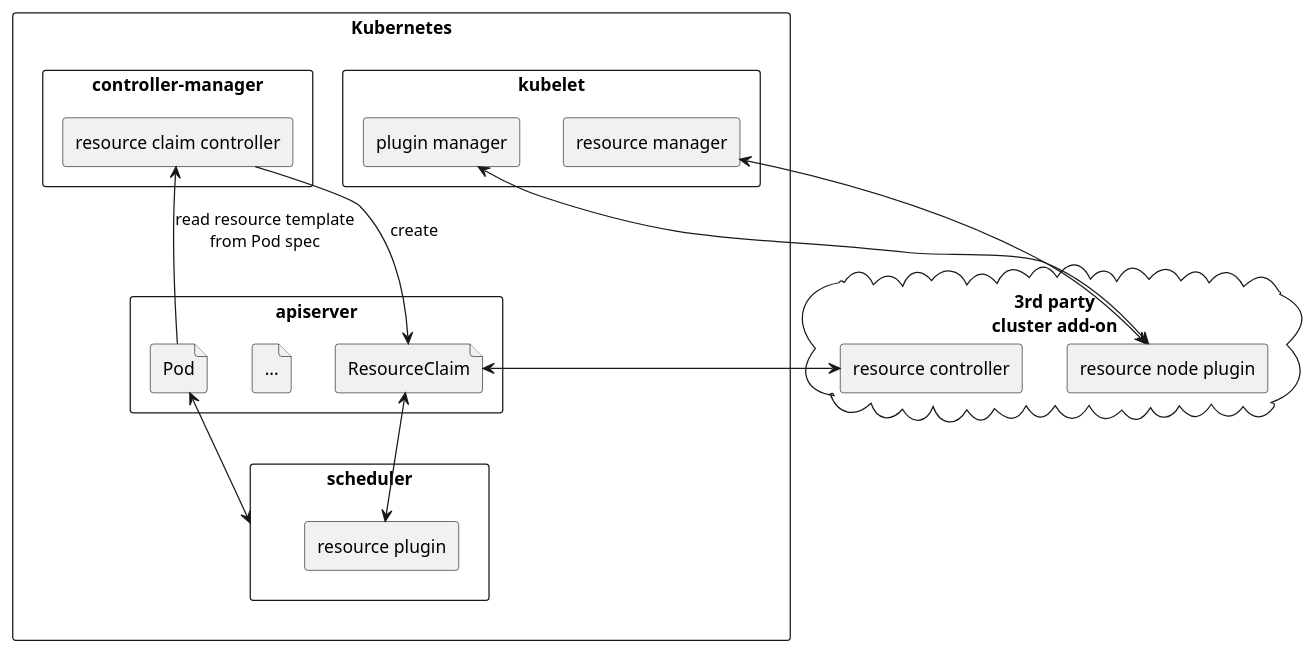
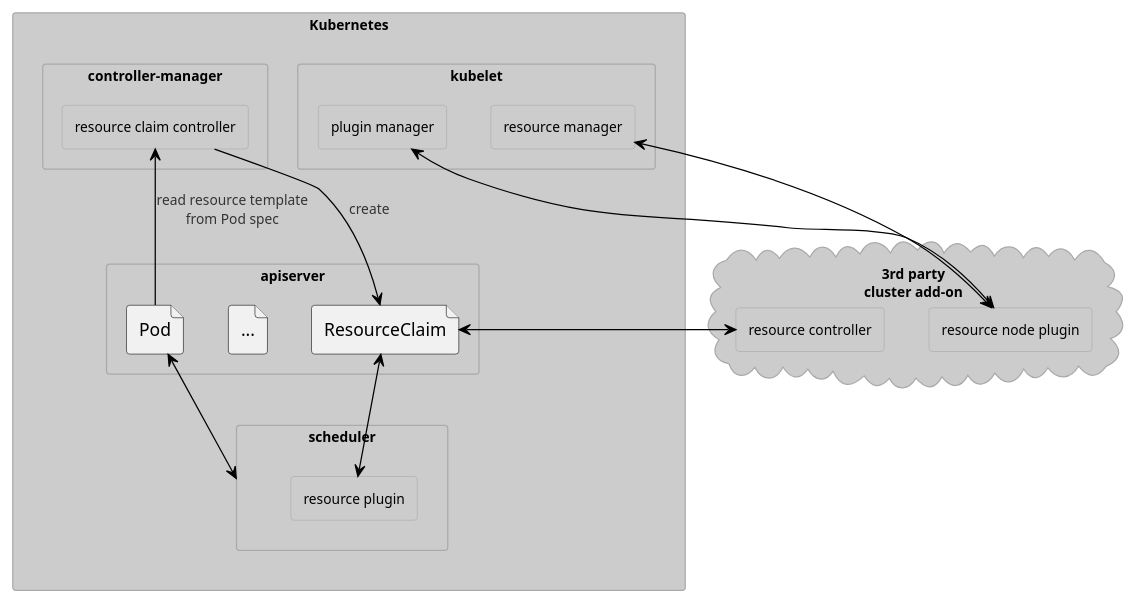
The diagram in keps/sig-node/3063-dynamic-resource-allocation/components.puml (kubernetes/enhancements), drawn with PlantUML before and after one commit. The commit also changed 6 other files, not shown here.

First line of the commit message:
dynamic resource allocation: add flow diagram, simplify states

```diff
--- a/keps/sig-node/3063-dynamic-resource-allocation/components.puml
+++ b/keps/sig-node/3063-dynamic-resource-allocation/components.puml
@@ -1,40 +1,41 @@
 @startuml
+!theme reddress-lightblue
 skinparam componentStyle rectangle
 
 cloud "3rd party\ncluster add-on" as 3rdparty {
   component "resource controller" as vendorcontroller
   component "resource node plugin" as vendornodeplugin
 }
 
 component Kubernetes {
   component apiserver {
       file Pod
       file "..." as otherapi
       file ResourceClaim
   }
   component scheduler {
     component "resource plugin" as k8sresourceplugin
   }
   component "controller-manager" as controllermanager {
     component "resource claim controller" as k8sresourceclaimcontroller
   }
   component kubelet {
     component "plugin manager" as pluginmanager
     component "resource manager" as resourcemanager
   }
 }
 
 vendorcontroller -[hidden]> vendornodeplugin
 Pod -[hidden]> otherapi
 otherapi -[hidden]> ResourceClaim
 
 Pod -u-> k8sresourceclaimcontroller: read resource template\nfrom Pod spec
 ResourceClaim <-u- k8sresourceclaimcontroller: create
 
 Pod <--> scheduler
 ResourceClaim <--> k8sresourceplugin
 
 ResourceClaim <-> vendorcontroller
 pluginmanager <-> vendornodeplugin
 resourcemanager <-> vendornodeplugin
 @enduml
```
